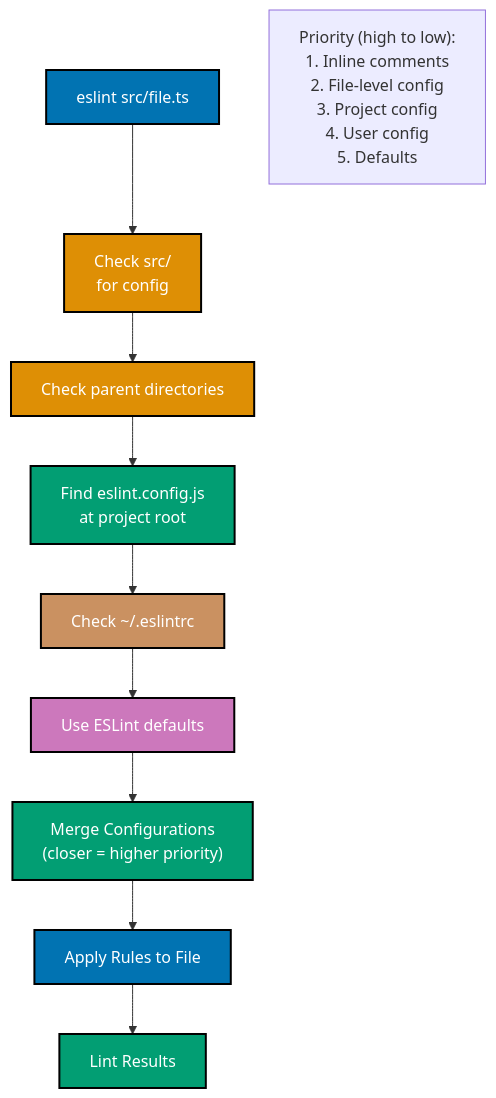
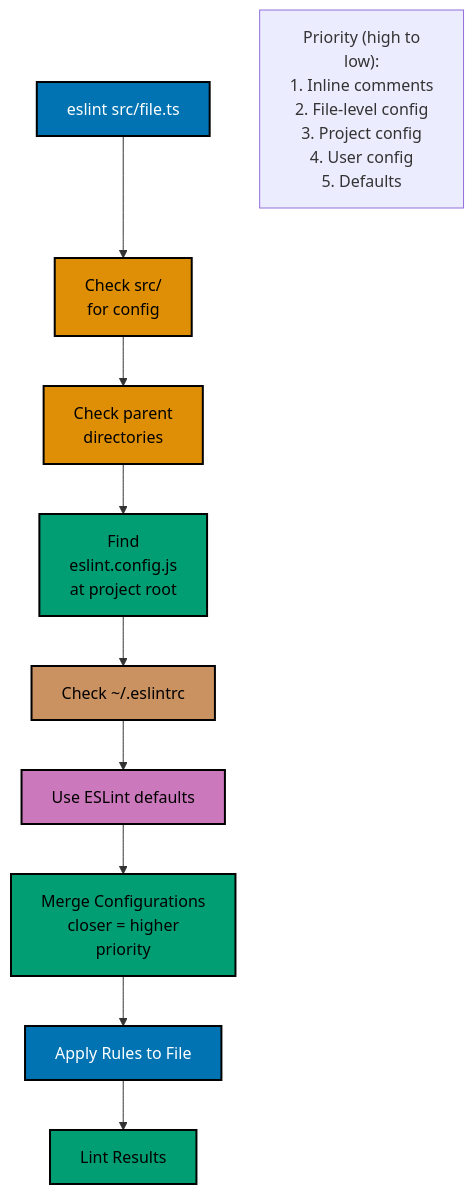
One commit to wahidyankf/ose-public changed the third of 6 diagrams in docs/explanation/software-engineering/programming-languages/typescript/linting-and-formatting.md. Above: the diagram before and after it, drawn with Mermaid. The commit also changed other lines of this file and 57 other files, not shown here.

First line of the commit message:
docs(diagrams): make docs diagrams accessible

````diff
--- a/docs/explanation/software-engineering/programming-languages/typescript/linting-and-formatting.md
+++ b/docs/explanation/software-engineering/programming-languages/typescript/linting-and-formatting.md
@@ -82,31 +86,33 @@
 ```mermaid
 %% Color Palette: Blue #0173B2, Orange #DE8F05, Teal #029E73, Purple #CC78BC, Brown #CA9161
 graph TD
+    accTitle: ESLint Configuration Hierarchy
+    accDescr: eslint src/file.ts leads to Check src/ for config; Check src/ for config leads to Check parent directories; Check parent directories leads to Find eslint.config.js at project root; and 5 more links.
     Start["eslint src/file.ts"]:::blue
     FileDir["Check src/<br/>for config"]:::orange
-    ParentDir["Check parent directories"]:::orange
-    RootConfig["Find eslint.config.js<br/>at project root"]:::teal
+    ParentDir["Check parent<br/>directories"]:::orange
+    RootConfig["Find<br/>eslint.config.js<br/>at project root"]:::teal
     UserConfig["Check ~/.eslintrc"]:::brown
     DefaultConfig["Use ESLint defaults"]:::purple
 
-    Merge["Merge Configurations<br/>(closer = higher priority)"]:::teal
+    Merge["Merge Configurations<br/>closer = higher<br/>priority"]:::teal
     ApplyRules["Apply Rules to File"]:::blue
     Result["Lint Results"]:::teal
 
     Start --> FileDir
     FileDir --> ParentDir
     ParentDir --> RootConfig
     RootConfig --> UserConfig
     UserConfig --> DefaultConfig
     DefaultConfig --> Merge
     Merge --> ApplyRules
     ApplyRules --> Result
 
-    Note1["Priority #40;high to low#41;:<br/>1. Inline comments<br/>2. File-level config<br/>3. Project config<br/>4. User config<br/>5. Defaults"]
+    Note1["Priority (high to<br/>low):<br/>1. Inline comments<br/>2. File-level config<br/>3. Project config<br/>4. User config<br/>5. Defaults"]
 
     classDef blue fill:#0173B2,stroke:#000000,color:#FFFFFF,stroke-width:2px
-    classDef orange fill:#DE8F05,stroke:#000000,color:#FFFFFF,stroke-width:2px
-    classDef teal fill:#029E73,stroke:#000000,color:#FFFFFF,stroke-width:2px
-    classDef purple fill:#CC78BC,stroke:#000000,color:#FFFFFF,stroke-width:2px
-    classDef brown fill:#CA9161,stroke:#000000,color:#FFFFFF,stroke-width:2px
+    classDef orange fill:#DE8F05,stroke:#000000,color:#000000,stroke-width:2px
+    classDef teal fill:#029E73,stroke:#000000,color:#000000,stroke-width:2px
+    classDef purple fill:#CC78BC,stroke:#000000,color:#000000,stroke-width:2px
+    classDef brown fill:#CA9161,stroke:#000000,color:#000000,stroke-width:2px
 ```
````
